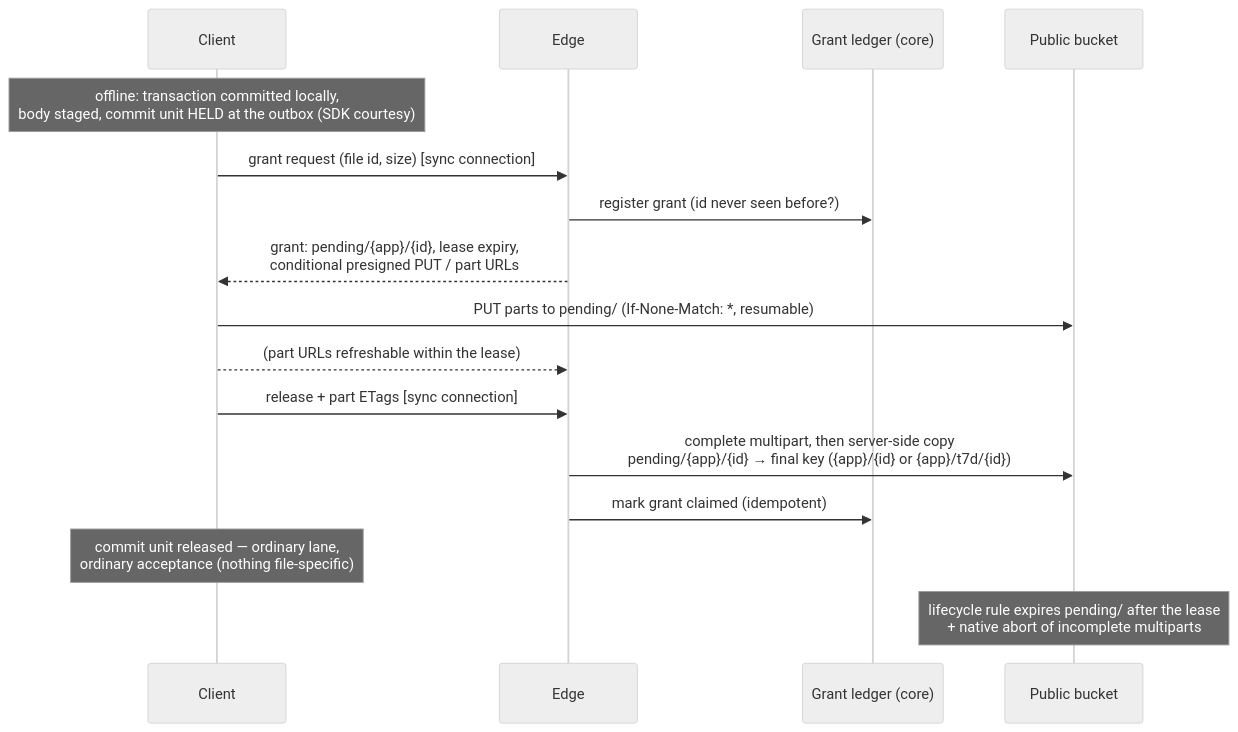
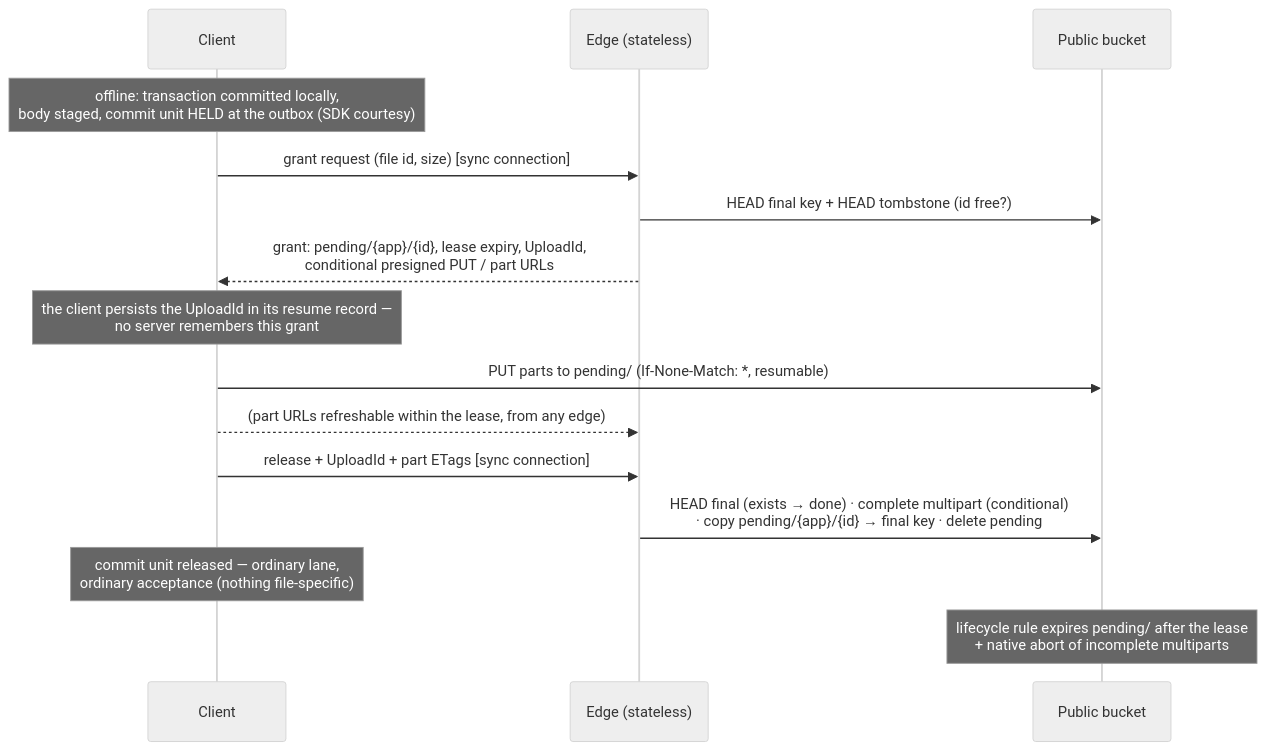
One commit to garden-co/jazz changed the second of 3 diagrams in docs/superpowers/specs/2026-07-09-files-design-explained.md. Above: the diagram before and after it, drawn with Mermaid (neutral theme). The commit also changed other lines of this file and 5 other files, not shown here.

Commit message:
Resolve grant-ledger ticket: no server-side file-plane state

````diff
--- a/docs/superpowers/specs/2026-07-09-files-design-explained.md
+++ b/docs/superpowers/specs/2026-07-09-files-design-explained.md
@@ -178,19 +178,18 @@
 ```mermaid
 sequenceDiagram
     participant C as Client
-    participant E as Edge
-    participant K as Grant ledger (core)
+    participant E as Edge (stateless)
     participant S3 as Public bucket
 
     Note over C: offline: transaction committed locally,<br/>body staged, commit unit HELD at the outbox (SDK courtesy)
     C->>E: grant request (file id, size)        [sync connection]
-    E->>K: register grant (id never seen before?)
-    E-->>C: grant: pending/{app}/{id}, lease expiry,<br/>conditional presigned PUT / part URLs
+    E->>S3: HEAD final key + HEAD tombstone (id free?)
+    E-->>C: grant: pending/{app}/{id}, lease expiry, UploadId,<br/>conditional presigned PUT / part URLs
+    Note over C: the client persists the UploadId in its resume record —<br/>no server remembers this grant
     C->>S3: PUT parts to pending/ (If-None-Match: *, resumable)
-    C-->>E: (part URLs refreshable within the lease)
-    C->>E: release + part ETags                 [sync connection]
-    E->>S3: complete multipart, then server-side copy<br/>pending/{app}/{id} → final key ({app}/{id} or {app}/t7d/{id})
-    E->>K: mark grant claimed (idempotent)
+    C-->>E: (part URLs refreshable within the lease, from any edge)
+    C->>E: release + UploadId + part ETags      [sync connection]
+    E->>S3: HEAD final (exists → done) · complete multipart (conditional)<br/>· copy pending/{app}/{id} → final key · delete pending
     Note over C: commit unit released — ordinary lane,<br/>ordinary acceptance (nothing file-specific)
     Note over S3: lifecycle rule expires pending/ after the lease<br/>+ native abort of incomplete multiparts
 ```
````
